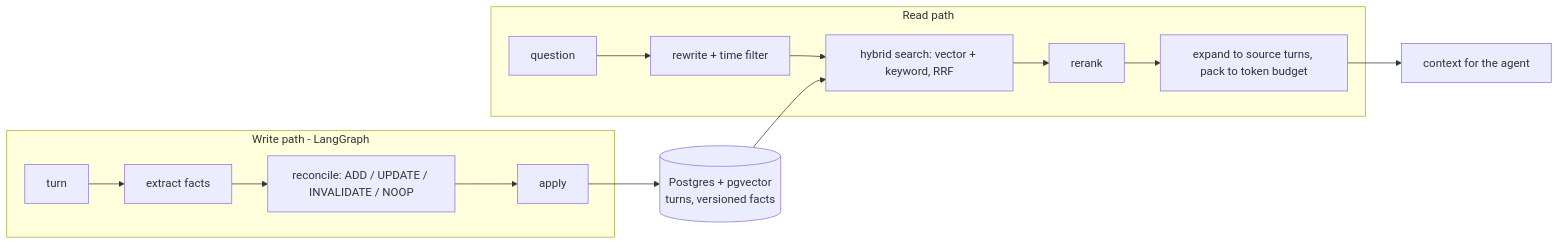
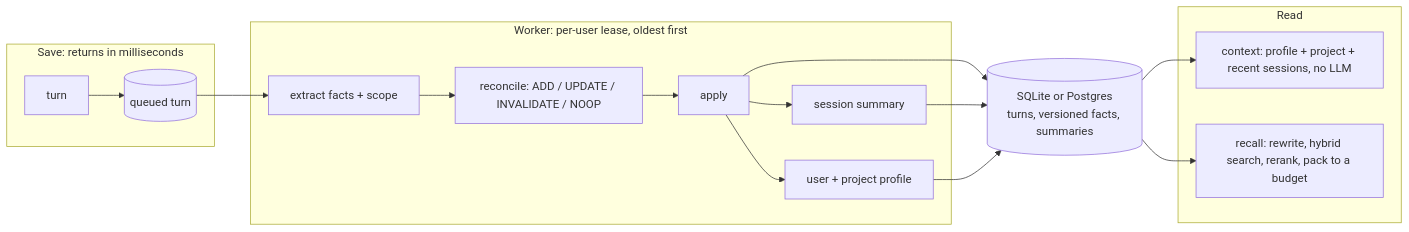
Before and after one commit to aman99dex/Agentic_Memory: the diagram in README.md, drawn with Mermaid. The commit also changed other lines of this file and 53 other files, not shown here.

````diff
--- a/README.md
+++ b/README.md
@@ -13,12 +70,18 @@
 ```mermaid
 flowchart LR
-    subgraph write [Write path - LangGraph]
-        T[turn] --> E[extract facts] --> R[reconcile: ADD / UPDATE / INVALIDATE / NOOP] --> A[apply]
+    subgraph save [Save: returns in milliseconds]
+        T[turn] --> Q[(queued turn)]
     end
-    A --> DB[(Postgres + pgvector<br/>turns, versioned facts)]
-    subgraph read [Read path]
-        Q[question] --> RW[rewrite + time filter] --> H[hybrid search: vector + keyword, RRF] --> RK[rerank] --> P[expand to source turns, pack to token budget]
+    subgraph worker [Worker: per-user lease, oldest first]
+        Q --> E[extract facts + scope] --> R[reconcile: ADD / UPDATE / INVALIDATE / NOOP] --> A[apply]
+        A --> S[session summary] & P[user + project profile]
     end
-    DB --> H
-    P --> OUT[context for the agent]
+    A --> DB[(SQLite or Postgres<br/>turns, versioned facts, summaries)]
+    S --> DB
+    P --> DB
+    subgraph read [Read]
+        C[context: profile + project + recent sessions, no LLM]
+        X[recall: rewrite, hybrid search, rerank, pack to a budget]
+    end
+    DB --> C & X
 ```
````
